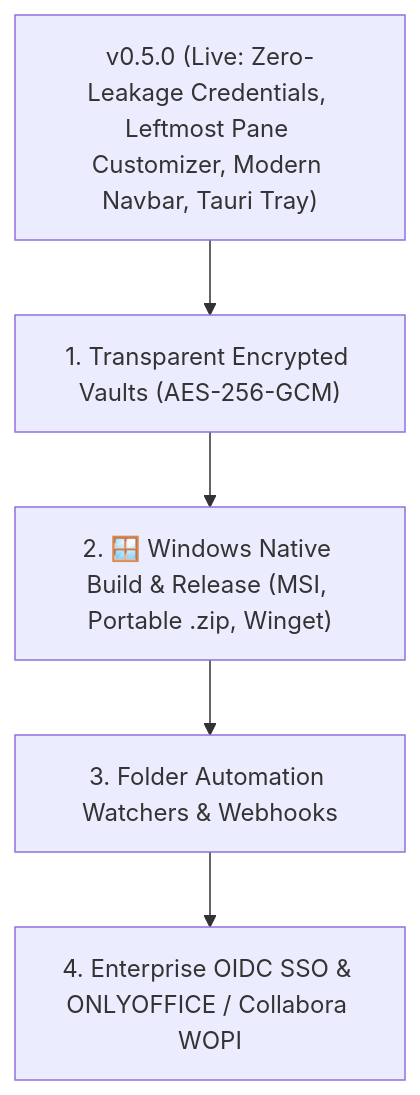
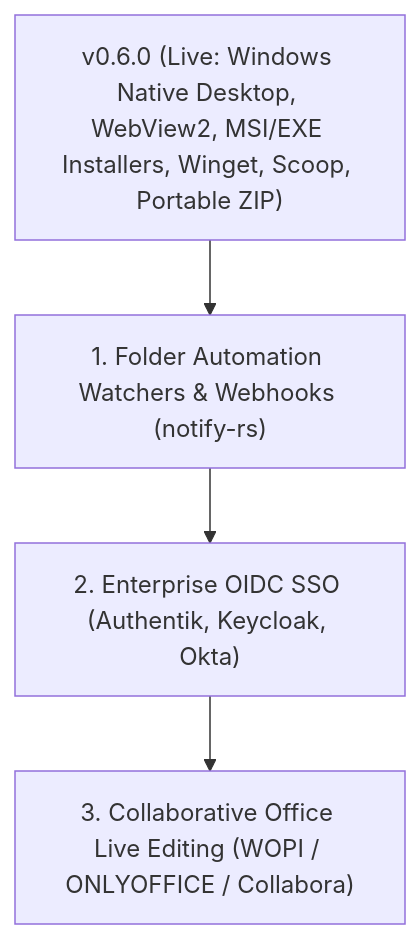
The diagram in ROADMAP.md (Woofson/commanderdog), drawn with Mermaid before and after one commit. The commit also changed other lines of this file and 24 other files, not shown here.

Commit message:
feat(windows): v0.6.0 - add Windows native desktop, installers, package manifests & release CI/CD

````diff
--- a/ROADMAP.md
+++ b/ROADMAP.md
@@ -92,7 +51,6 @@
 ```mermaid
 graph TD
-    A["v0.5.0 (Live: Zero-Leakage Credentials, Leftmost Pane Customizer, Modern Navbar, Tauri Tray)"] --> B["1. Transparent Encrypted Vaults (AES-256-GCM)"]
-    B --> C["2. 🪟 Windows Native Build & Release (MSI, Portable .zip, Winget)"]
-    C --> D["3. Folder Automation Watchers & Webhooks"]
-    D --> E["4. Enterprise OIDC SSO & ONLYOFFICE / Collabora WOPI"]
+    A["v0.6.0 (Live: Windows Native Desktop, WebView2, MSI/EXE Installers, Winget, Scoop, Portable ZIP)"] --> B["1. Folder Automation Watchers & Webhooks (notify-rs)"]
+    B --> C["2. Enterprise OIDC SSO (Authentik, Keycloak, Okta)"]
+    C --> D["3. Collaborative Office Live Editing (WOPI / ONLYOFFICE / Collabora)"]
 ```
````
